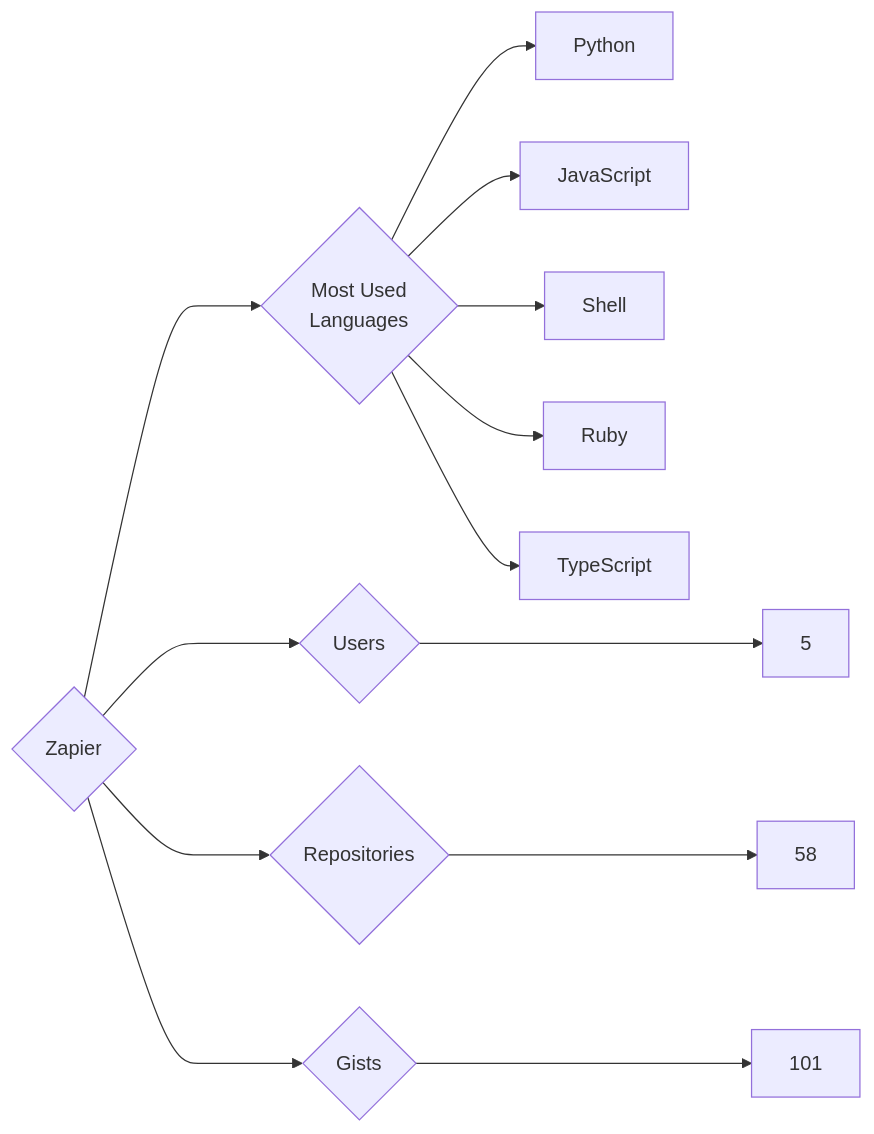
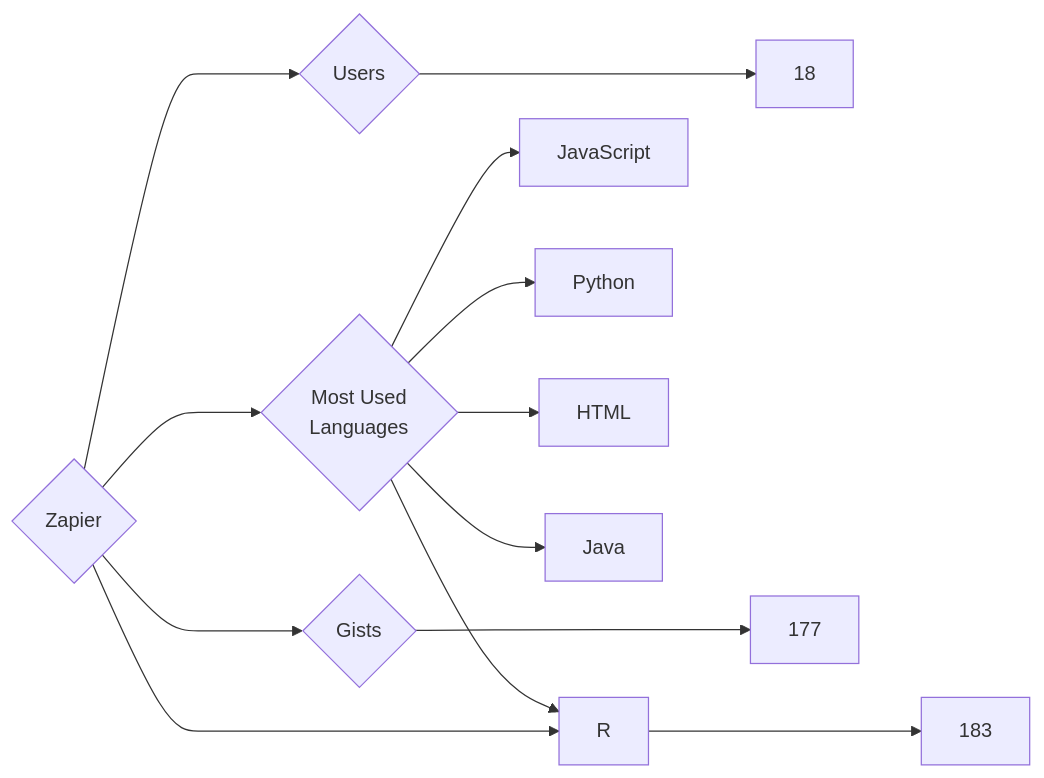
One commit to trickest/insiders changed the diagram in targets/Zapier/README.md. Above: the diagram before and after it, drawn with Mermaid. The commit also changed 770 other files, not shown here.

````diff
--- a/targets/Zapier/README.md
+++ b/targets/Zapier/README.md
@@ -3,13 +3,13 @@
 ```mermaid
 graph LR
 COMPANY_NAME{Zapier}
-COMPANY_NAME ---> U{Users} ---> UN[5]
-COMPANY_NAME ---> R{Repositories} ---> RN[58]
-COMPANY_NAME ---> G{Gists} ---> GN[101]
+COMPANY_NAME ---> U{Users} ---> UN[18]
+COMPANY_NAME ---> R{Repositories} ---> RN[183]
+COMPANY_NAME ---> G{Gists} ---> GN[177]
 COMPANY_NAME ---> ML{Most Used<br>Languages}
+ML --> JavaScript[JavaScript]
 ML --> Python[Python]
-ML --> JavaScript[JavaScript]
-ML --> Shell[Shell]
-ML --> Ruby[Ruby]
-ML --> TypeScript[TypeScript]
+ML --> HTML[HTML]
+ML --> R[R]
+ML --> Java[Java]
 ```
````
